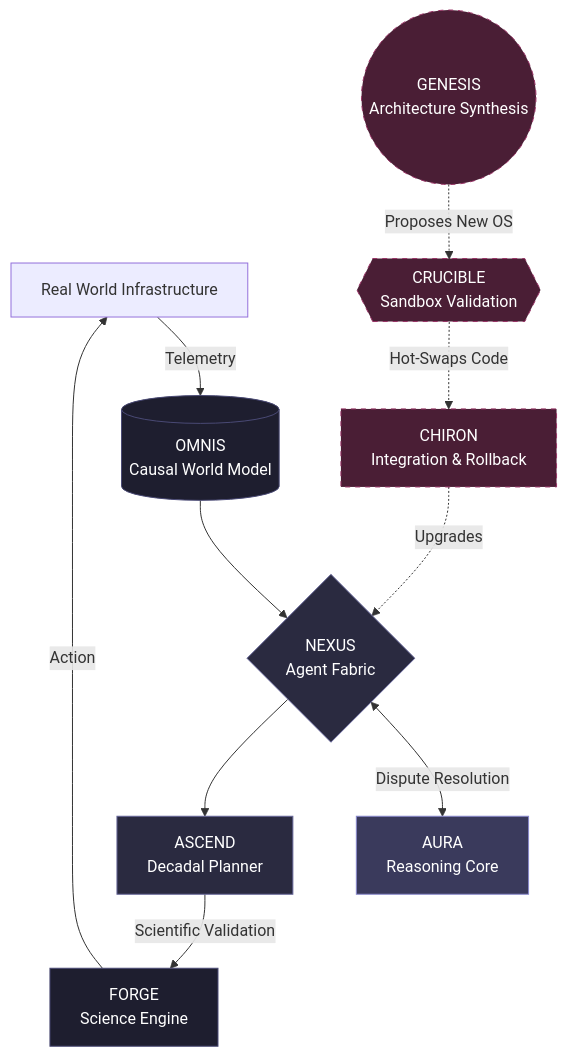
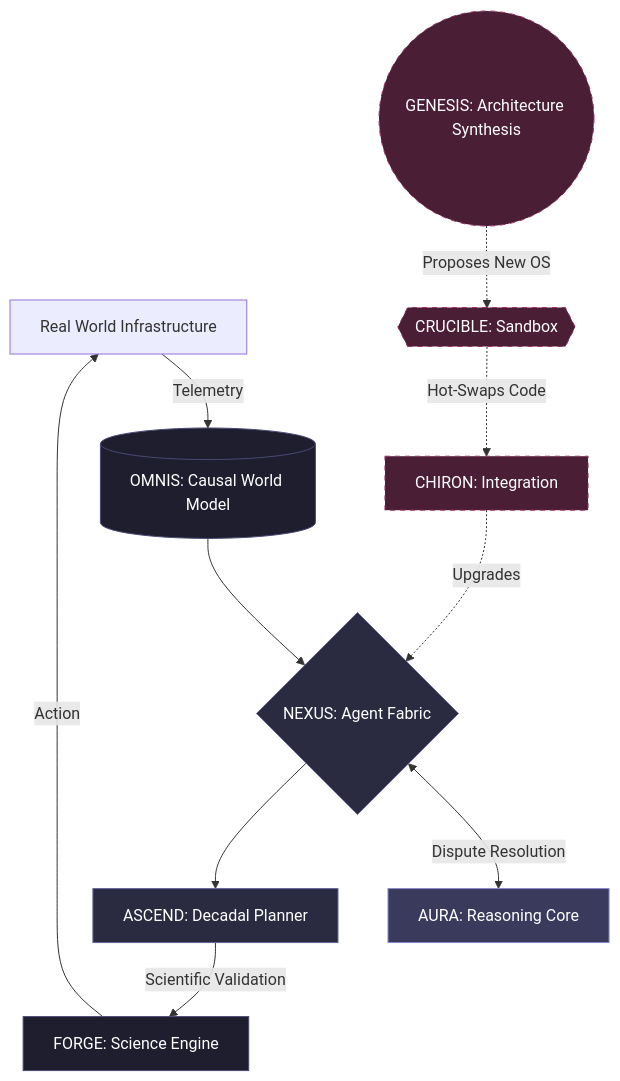
One commit to Team-Auralis/ACI-Architecture-Framework changed the diagram in docs/index.md. Above: the diagram before and after it, drawn with Mermaid. The commit also changed other lines of this file and 6 other files, not shown here.

````diff
--- a/docs/index.md
+++ b/docs/index.md
@@ -8,23 +73,20 @@
 ```mermaid
 graph TD
-    subaxis1[Real World Infrastructure] -->|Telemetry| OMNIS[(OMNIS<br>Causal World Model)]
-    OMNIS --> NEXUS{NEXUS<br>Agent Fabric}
-    NEXUS <-->|Dispute Resolution| AURA[AURA<br>Reasoning Core]
-    NEXUS --> ASCEND[ASCEND<br>Decadal Planner]
-    ASCEND -->|Scientific Validation| FORGE[FORGE<br>Science Engine]
-    FORGE -->|Action| subaxis1
-    
-    %% OCI Subsystems %%
-    GENESIS((GENESIS<br>Architecture Synthesis)) -.->|Proposes New OS| CRUCIBLE{{CRUCIBLE<br>Sandbox Validation}}
-    CRUCIBLE -.->|Hot-Swaps Code| CHIRON[CHIRON<br>Integration & Rollback]
+    Infrastructure[Real World Infrastructure] -->|Telemetry| OMNIS[(OMNIS: Causal World Model)]
+    OMNIS --> NEXUS{NEXUS: Agent Fabric}
+    NEXUS <-->|Dispute Resolution| AURA[AURA: Reasoning Core]
+    NEXUS --> ASCEND[ASCEND: Decadal Planner]
+    ASCEND -->|Scientific Validation| FORGE[FORGE: Science Engine]
+    FORGE -->|Action| Infrastructure
+    GENESIS((GENESIS: Architecture Synthesis)) -.->|Proposes New OS| CRUCIBLE{{CRUCIBLE: Sandbox}}
+    CRUCIBLE -.->|Hot-Swaps Code| CHIRON[CHIRON: Integration]
     CHIRON -.->|Upgrades| NEXUS
-    
     style OMNIS fill:#1e1e2f,stroke:#4a4a75,color:#fff
     style NEXUS fill:#2a2a40,stroke:#666699,color:#fff
     style AURA fill:#3a3a5c,stroke:#8888cc,color:#fff
     style ASCEND fill:#2a2a40,stroke:#666699,color:#fff
     style FORGE fill:#1e1e2f,stroke:#4a4a75,color:#fff
     style GENESIS fill:#4a1e35,stroke:#993366,color:#fff,stroke-dasharray: 5 5
     style CRUCIBLE fill:#4a1e35,stroke:#993366,color:#fff,stroke-dasharray: 5 5
     style CHIRON fill:#4a1e35,stroke:#993366,color:#fff,stroke-dasharray: 5 5
 ```
````
